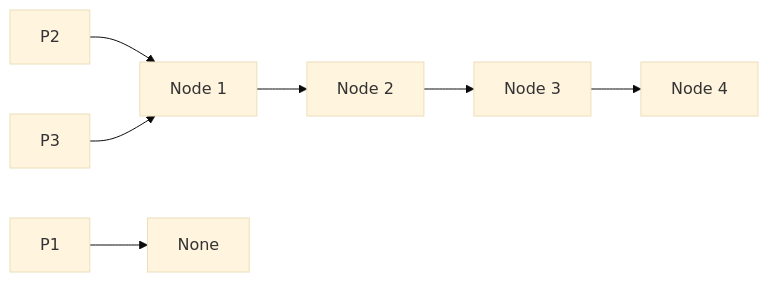
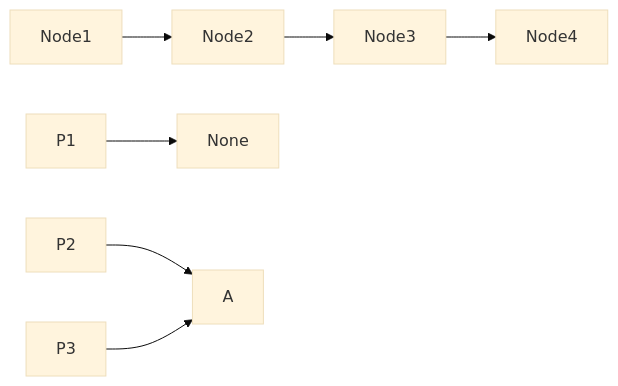
One commit to davidanukam/LeetCode-Learning changed the first of 3 diagrams in Linked List/206. Reverse Linked List.md. Above: the diagram before and after it, drawn with Mermaid (base theme).

Commit message:
vault backup: 2026-08-22 21:24:40

````diff
--- a/Linked List/206. Reverse Linked List.md
+++ b/Linked List/206. Reverse Linked List.md
@@ -34,10 +34,10 @@
 ```mermaid
 flowchart LR    
-    A[Node 1] --> B[Node 2]
-    B --> C[Node 3]
-    C --> D[Node 4]
+    Node1 --> Node2
+    Node2 --> Node3
+    Node3 --> Node4
     
     P1 --> None[None]
     P2[P2] --> A
     P3[P3] --> A
 ```
````
